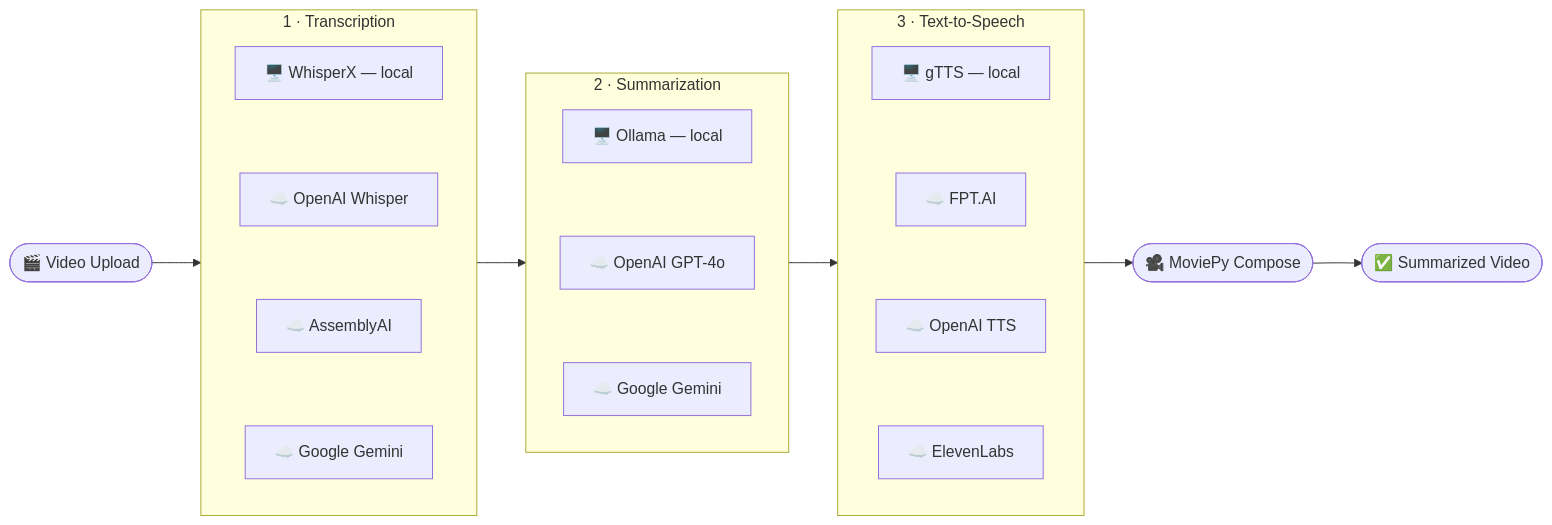
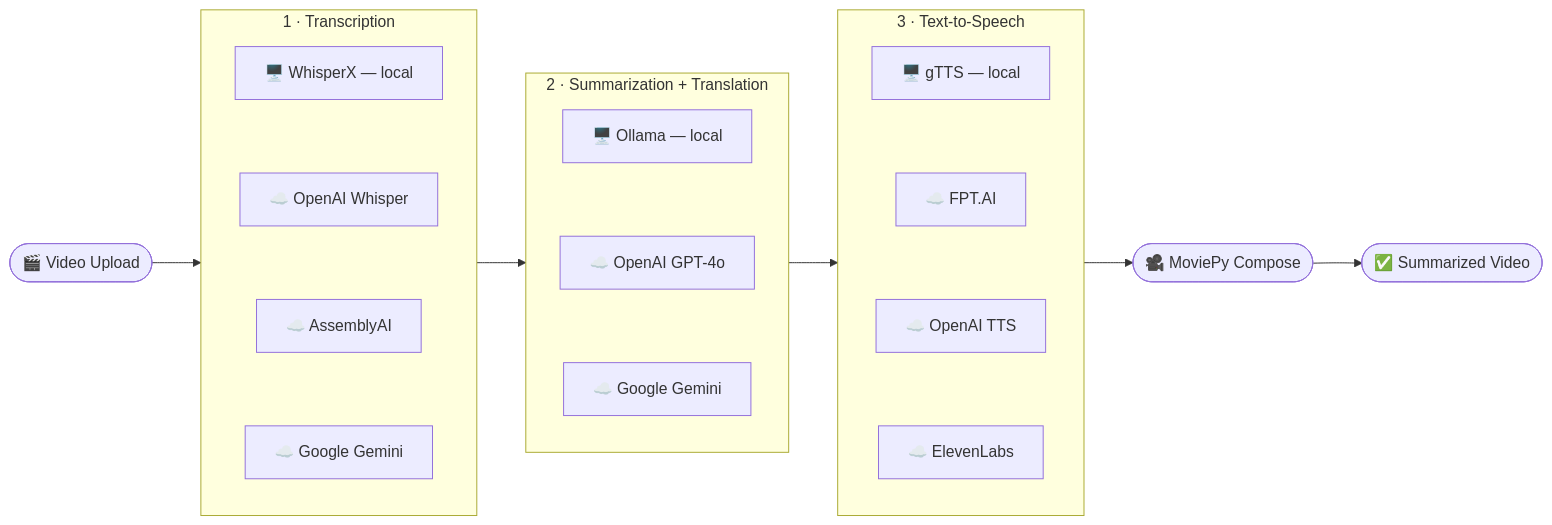
Before and after one commit to TanNguyen20/video-summarization-service: the diagram in README.md, drawn with Mermaid. The commit also changed other lines of this file and 11 other files, not shown here.

````diff
--- a/README.md
+++ b/README.md
@@ -8,35 +8,35 @@
 ```mermaid
 flowchart LR
     Upload(["🎬 Video Upload"])
 
     subgraph Transcription["1 · Transcription"]
         direction TB
         T1["🖥️ WhisperX — local"]
         T2["☁️ OpenAI Whisper"]
         T3["☁️ AssemblyAI"]
         T4["☁️ Google Gemini"]
         T1 ~~~ T2 ~~~ T3 ~~~ T4
     end
 
-    subgraph Summarization["2 · Summarization"]
+    subgraph Summarization["2 · Summarization + Translation"]
         direction TB
         S1["🖥️ Ollama — local"]
         S2["☁️ OpenAI GPT-4o"]
         S3["☁️ Google Gemini"]
         S1 ~~~ S2 ~~~ S3
     end
 
     subgraph TTS["3 · Text-to-Speech"]
         direction TB
         TTS1["🖥️ gTTS — local"]
         TTS2["☁️ FPT.AI"]
         TTS3["☁️ OpenAI TTS"]
         TTS4["☁️ ElevenLabs"]
         TTS1 ~~~ TTS2 ~~~ TTS3 ~~~ TTS4
     end
 
     Compose(["🎥 MoviePy Compose"])
     Output(["✅ Summarized Video"])
 
     Upload --> Transcription --> Summarization --> TTS --> Compose --> Output
 ```
````
